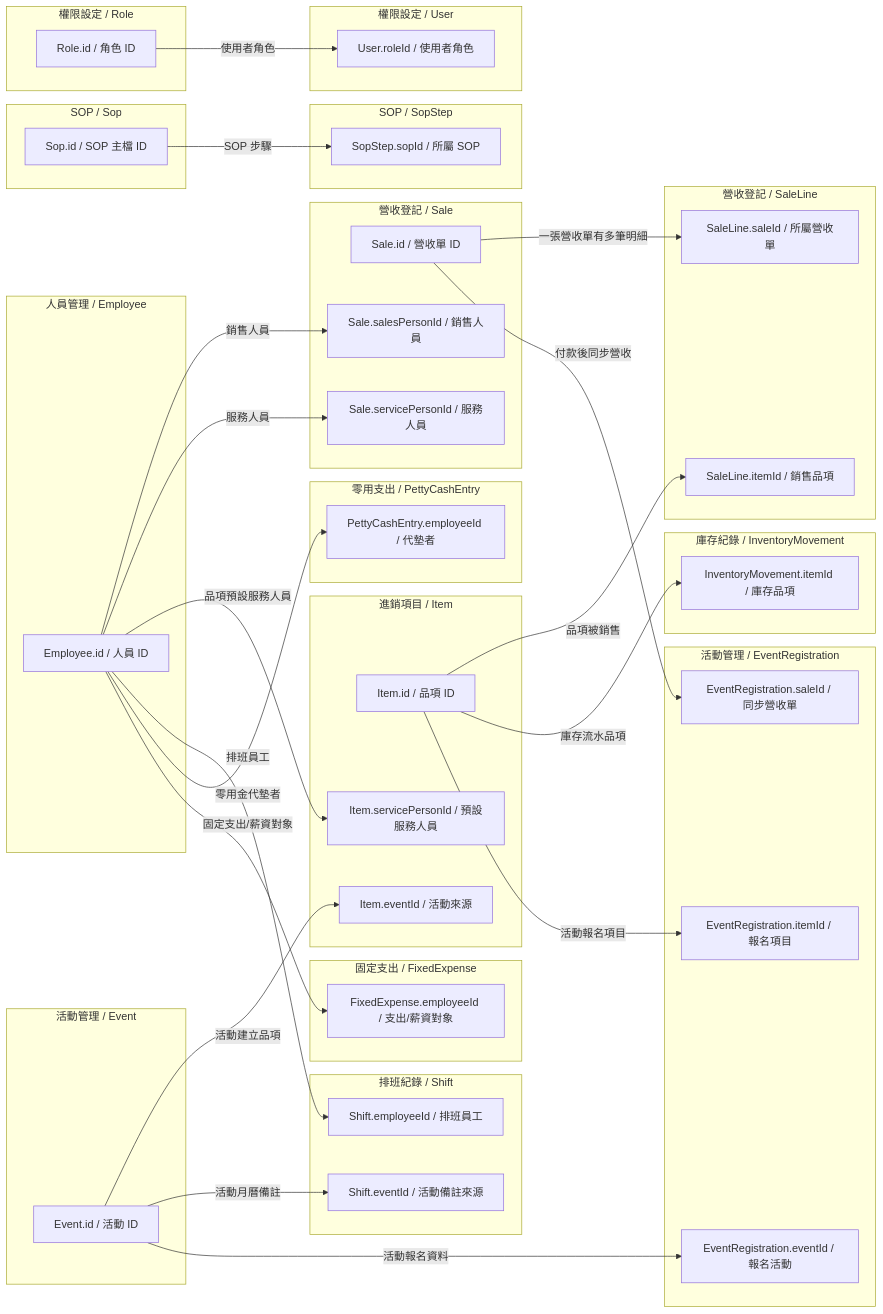
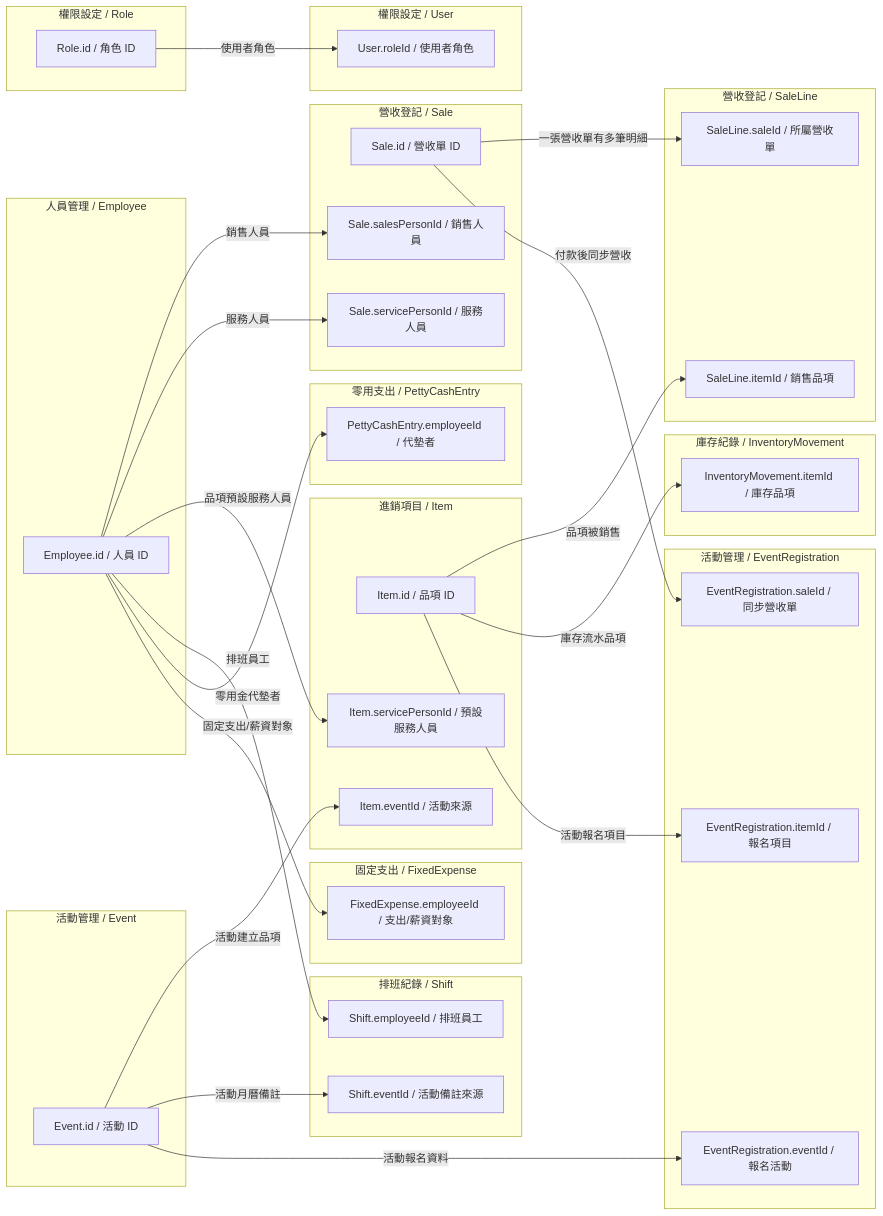
Before and after one commit to crimsonhsu-PM/ERP: the third of 4 diagrams in docs/data-relationships.md, drawn with Mermaid. The commit also changed other lines of this file and 43 other files, not shown here.

````diff
--- a/docs/data-relationships.md
+++ b/docs/data-relationships.md
@@ -186,14 +186,6 @@
     registration_saleId["EventRegistration.saleId / 同步營收單"]
   end
 
-  subgraph sopTable["SOP / Sop"]
-    sop_id["Sop.id / SOP 主檔 ID"]
-  end
-
-  subgraph sopStepTable["SOP / SopStep"]
-    sopStep_sopId["SopStep.sopId / 所屬 SOP"]
-  end
-
   subgraph roleTable["權限設定 / Role"]
     role_id["Role.id / 角色 ID"]
   end
@@ -219,6 +211,5 @@
   item_id -->|"活動報名項目"| registration_itemId
   sale_id -->|"付款後同步營收"| registration_saleId
 
-  sop_id -->|"SOP 步驟"| sopStep_sopId
   role_id -->|"使用者角色"| user_roleId
 ```
````
